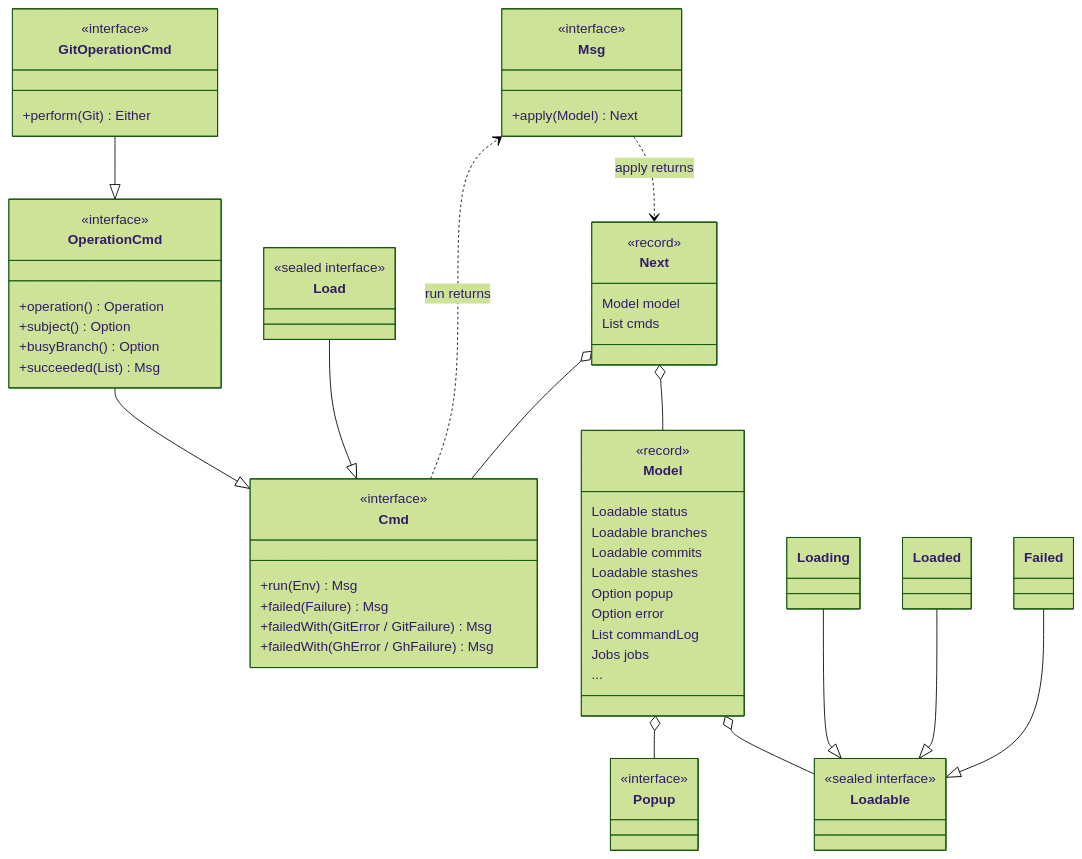
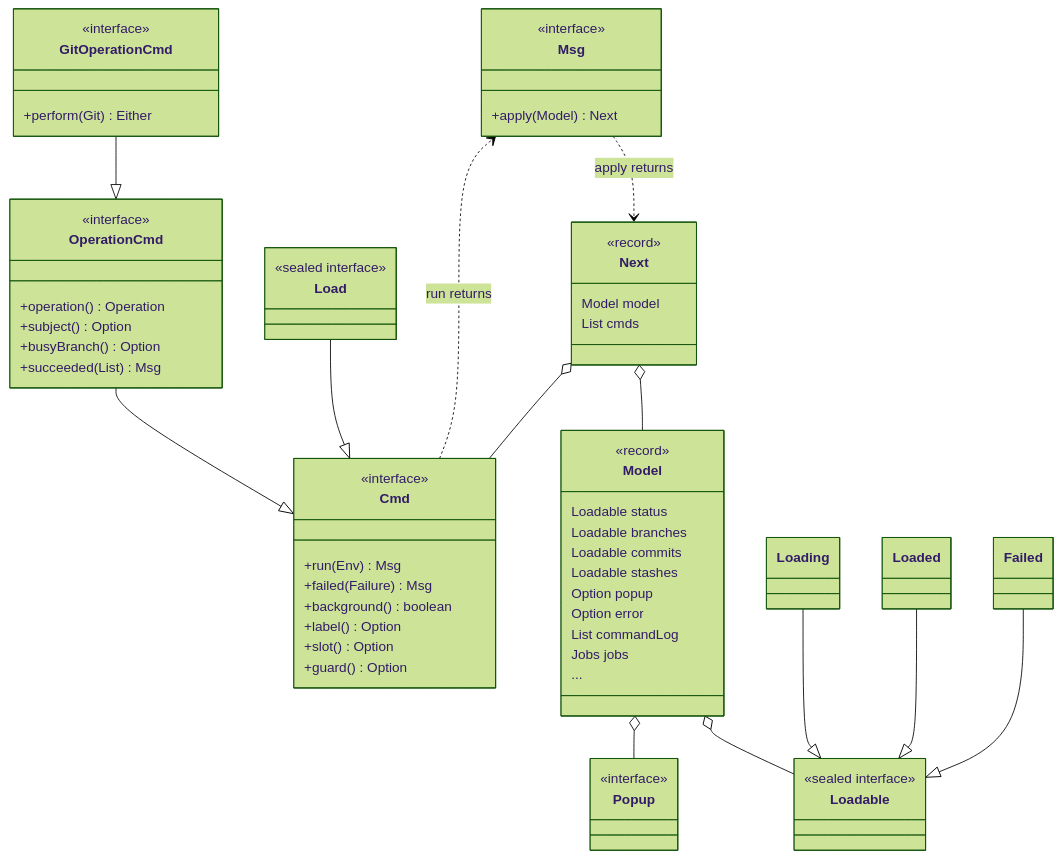
One commit to cvanfleteren/jazygit changed the third of 7 diagrams in ARCHITECTURE.md. Above: the diagram before and after it, drawn with Mermaid (forest theme). The commit also changed other lines of this file and 127 other files, not shown here.

````diff
--- a/ARCHITECTURE.md
+++ b/ARCHITECTURE.md
@@ -731,63 +731,65 @@
 ```mermaid
 classDiagram
     class Msg {
         <<interface>>
         +apply(Model) Next
     }
     class Next {
         <<record>>
         Model model
         List cmds
     }
     class Cmd {
         <<interface>>
         +run(Env) Msg
         +failed(Failure) Msg
-        +failedWith(GitError / GitFailure) Msg
-        +failedWith(GhError / GhFailure) Msg
+        +background() boolean
+        +label() Option
+        +slot() Option
+        +guard() Option
     }
     class Load {
         <<sealed interface>>
     }
     class OperationCmd {
         <<interface>>
         +operation() Operation
         +subject() Option
         +busyBranch() Option
         +succeeded(List) Msg
     }
     class GitOperationCmd {
         <<interface>>
         +perform(Git) Either
     }
     class Model {
         <<record>>
         Loadable status
         Loadable branches
         Loadable commits
         Loadable stashes
         Option popup
         Option error
         List commandLog
         Jobs jobs
         ...
     }
     class Loadable {
         <<sealed interface>>
     }
     Loading --|> Loadable
     Loaded --|> Loadable
     Failed --|> Loadable
     class Popup {
         <<interface>>
     }
     Msg ..> Next : apply returns
     Next o-- Model
     Next o-- Cmd
     Load --|> Cmd
     OperationCmd --|> Cmd
     GitOperationCmd --|> OperationCmd
     Model o-- Loadable
     Model o-- Popup
     Cmd ..> Msg : run returns
 ```
````
